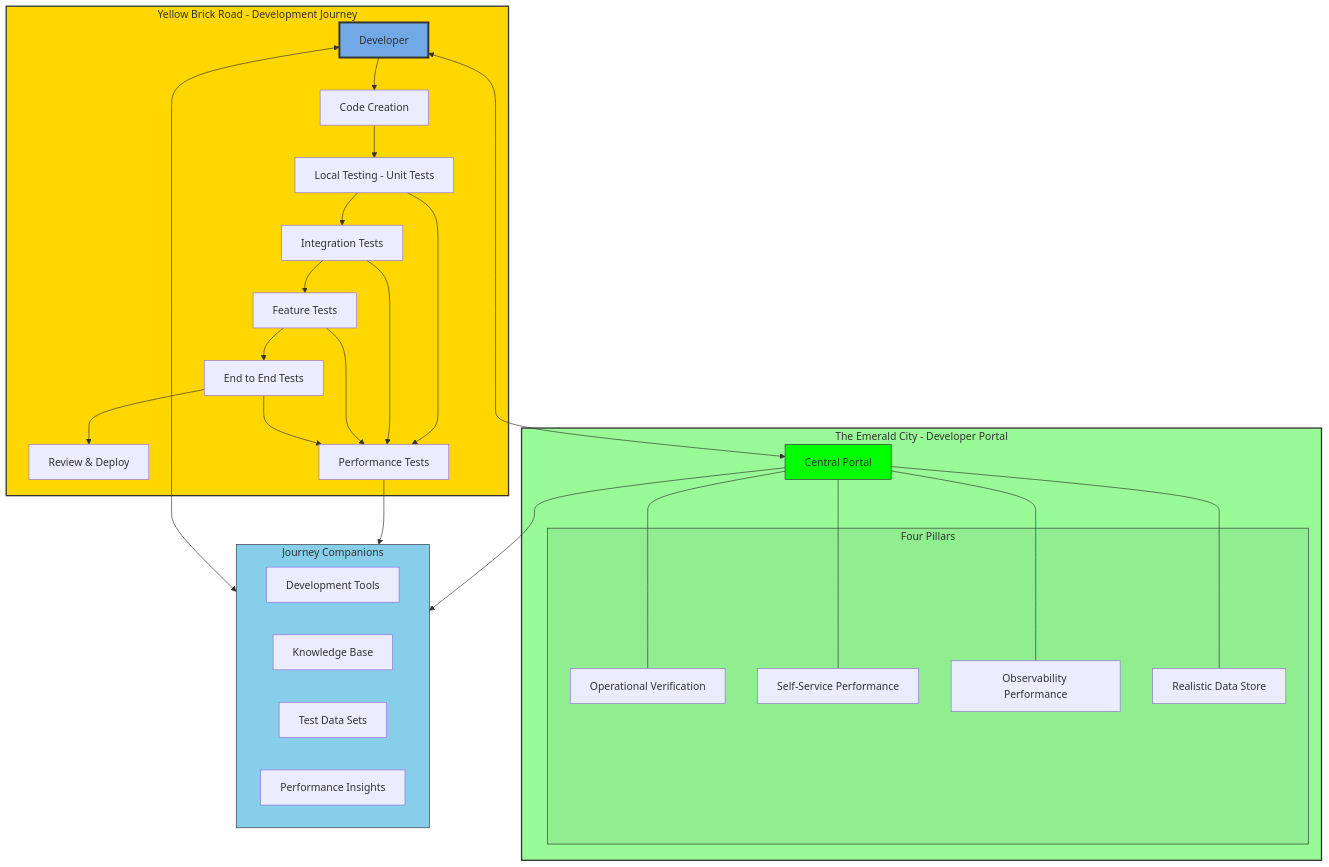
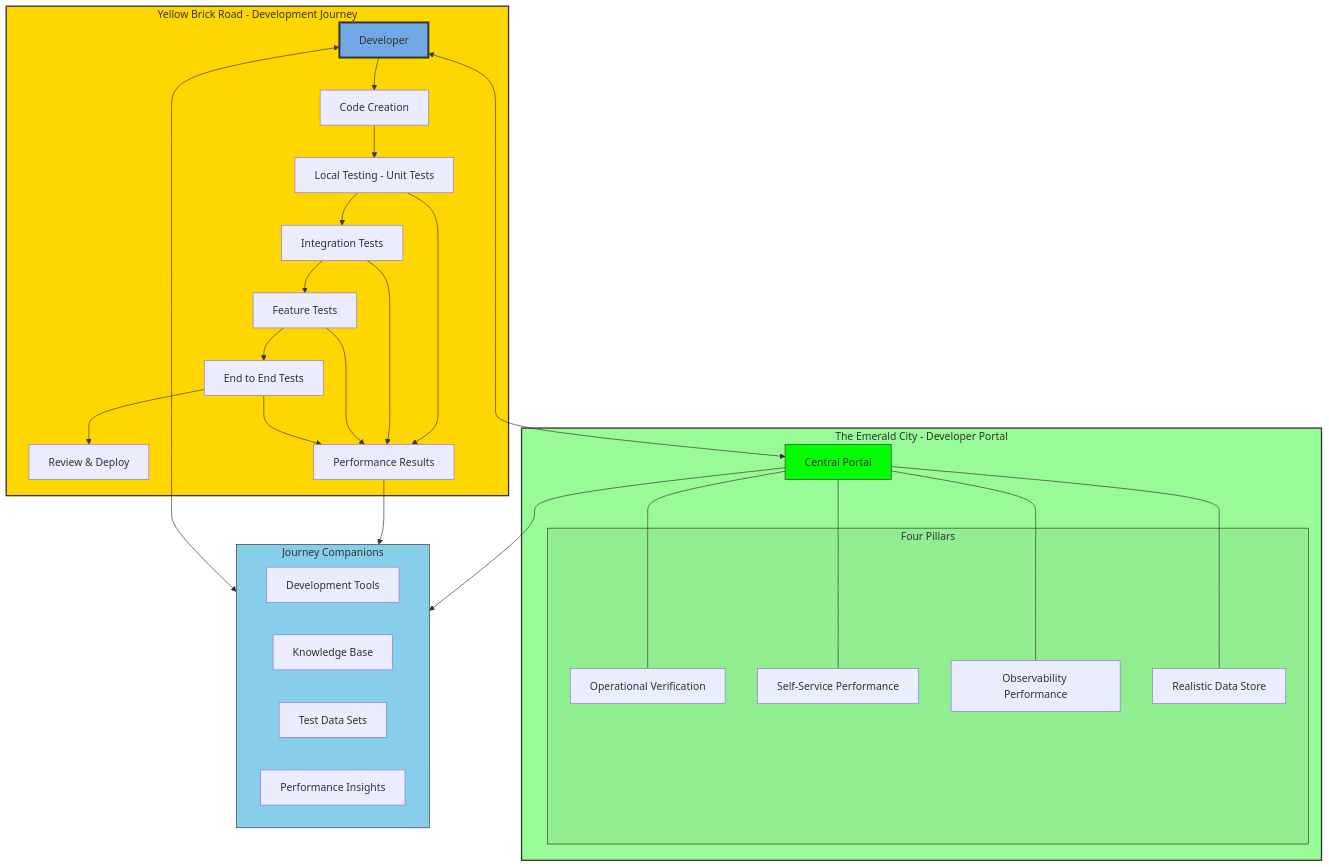
The first of 4 diagrams in content/handbook/engineering/infrastructure-platforms/developer-experience/performance-enablement/_index.md (zalyoung/gitlab-handbook), drawn with Mermaid before and after one commit.

Commit message:
Changing a title

````diff
--- a/content/handbook/engineering/infrastructure-platforms/developer-experience/performance-enablement/_index.md
+++ b/content/handbook/engineering/infrastructure-platforms/developer-experience/performance-enablement/_index.md
@@ -19,48 +19,48 @@
 ```mermaid
 flowchart TD
     subgraph EC[The Emerald City - Developer Portal]
         Portal[Central Portal]
         subgraph Buildings[Four Pillars]
             DV[Operational Verification]
             SF[Self-Service Performance]
             OB[Observability Performance]
             DS[Realistic Data Store]
         end
         Portal --- DV
         Portal --- SF
         Portal --- OB
         Portal --- DS
     end
 
     subgraph YBR[Yellow Brick Road - Development Journey]
         Dev[Developer] --> Code[Code Creation]
         Code --> Unit[Local Testing - Unit Tests]
         Unit --> Integration[Integration Tests]
         Integration --> Feature[Feature Tests]
         Feature --> E2E[End to End Tests]
         E2E --> Review[Review & Deploy]
-        Unit --> Perf[Performance Tests]
+        Unit --> Perf[Performance Results]
         Integration --> Perf
         Feature --> Perf
         E2E --> Perf
     end
 
     subgraph Guide[Journey Companions]
         Tools[Development Tools]
         Docs[Knowledge Base]
         Data[Test Data Sets]
         Insights[Performance Insights]
     end
 
     Perf --> Guide
     Dev <--> Portal
     Dev <--> Guide
     Portal --> Guide
     
     style EC fill:#98FB98,stroke:#333,stroke-width:2px
     style YBR fill:#FFD700,stroke:#333,stroke-width:2px
     style Guide fill:#87CEEB,stroke:#333
     style Portal fill:#00FF00,stroke:#333
     style Dev fill:#70a9e6,stroke:#333,stroke-width:3px
     style Buildings fill:#90EE90,stroke:#333
 ```
````
